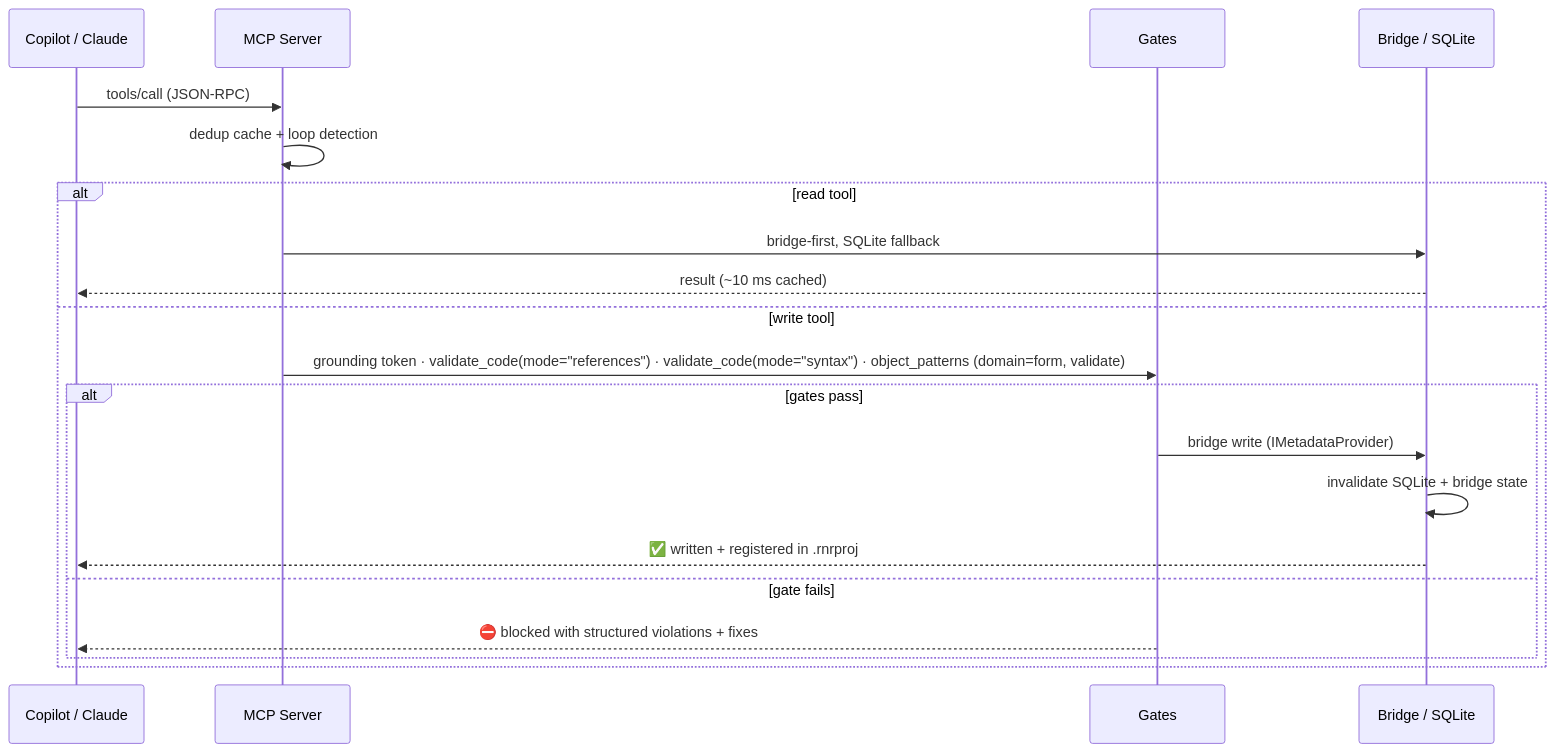
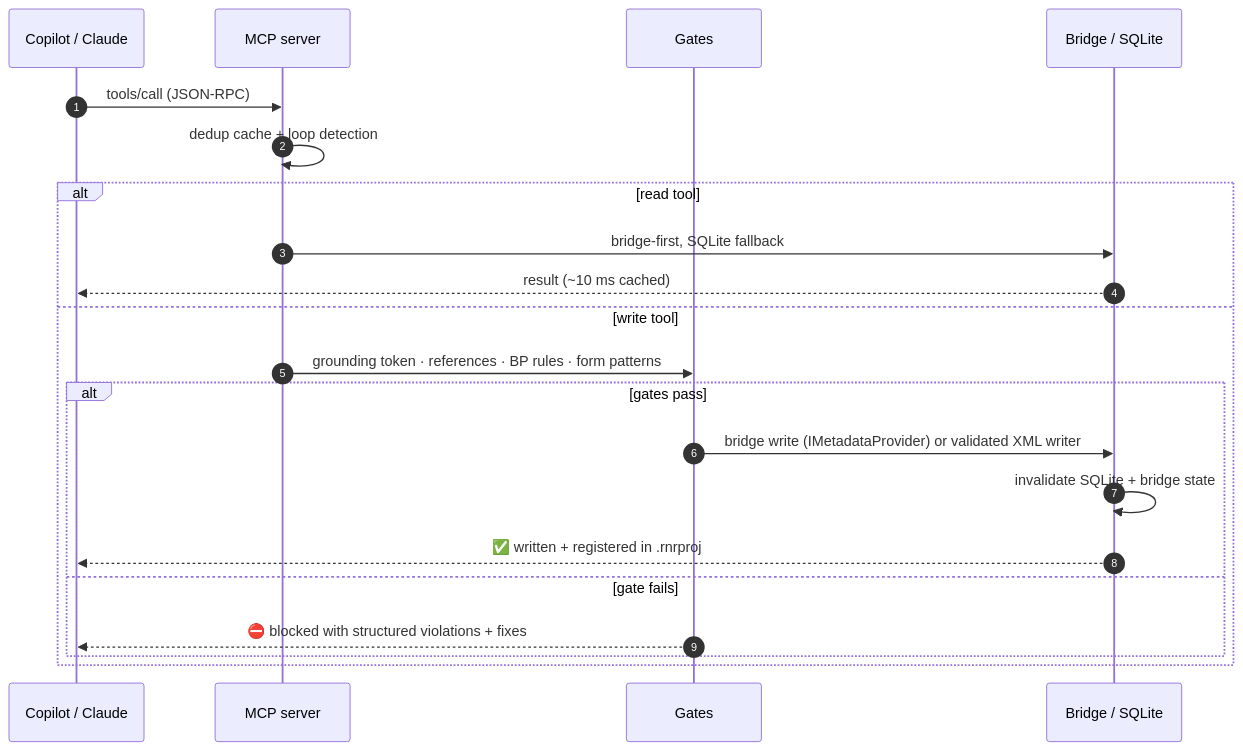
The second of 7 diagrams in docs/ARCHITECTURE.md (dynamics365ninja/d365fo-mcp-server), drawn with Mermaid before and after one commit. The commit also changed other lines of this file and 24 other files, not shown here.

First line of the commit message:
docs: rework README and docs layout, redraw broken diagrams

````diff
--- a/docs/ARCHITECTURE.md
+++ b/docs/ARCHITECTURE.md
@@ -55,23 +76,24 @@
 ```mermaid
 sequenceDiagram
+    autonumber
     participant IDE as Copilot / Claude
-    participant SRV as MCP Server
+    participant SRV as MCP server
     participant GATE as Gates
     participant SRC as Bridge / SQLite
 
     IDE->>SRV: tools/call (JSON-RPC)
     SRV->>SRV: dedup cache + loop detection
     alt read tool
         SRV->>SRC: bridge-first, SQLite fallback
         SRC-->>IDE: result (~10 ms cached)
     else write tool
-        SRV->>GATE: grounding token · validate_code(mode="references") · validate_code(mode="syntax") · object_patterns (domain=form, validate)
+        SRV->>GATE: grounding token · references · BP rules · form patterns
         alt gates pass
-            GATE->>SRC: bridge write (IMetadataProvider)
+            GATE->>SRC: bridge write (IMetadataProvider) or validated XML writer
             SRC->>SRC: invalidate SQLite + bridge state
             SRC-->>IDE: ✅ written + registered in .rnrproj
         else gate fails
             GATE-->>IDE: ⛔ blocked with structured violations + fixes
         end
     end
 ```
````
